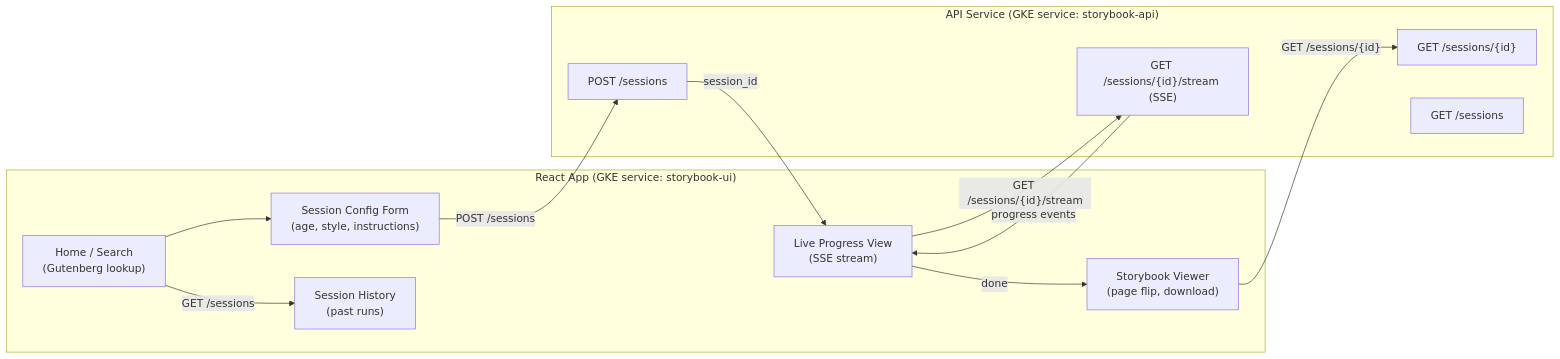
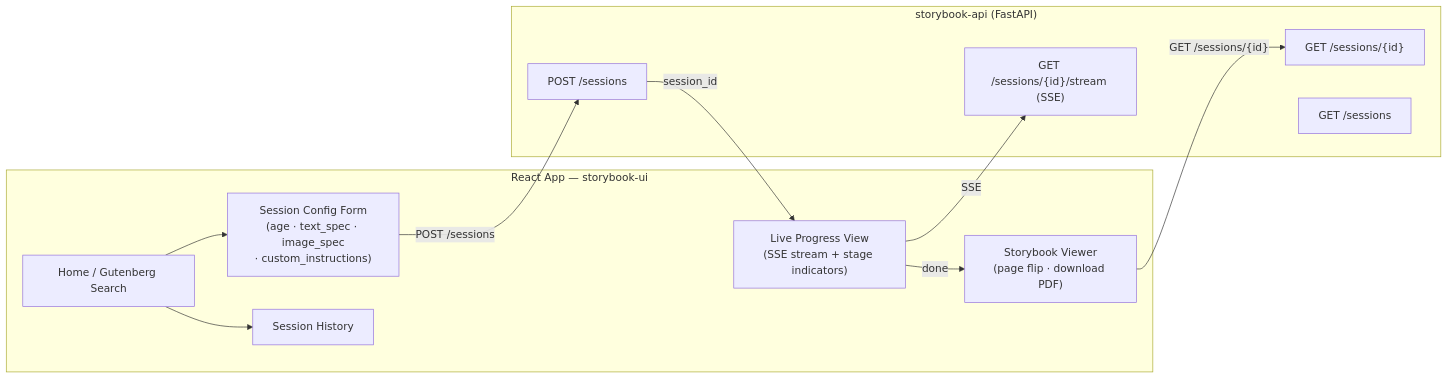
One commit to arbrown/asp changed the second of 4 diagrams in docs/architecture/architecture.md. Above: the diagram before and after it, drawn with Mermaid. The commit also changed other lines of this file, not shown here.

First line of the commit message:
docs: add custom constraint system and Character Bible Agent

````diff
--- a/docs/architecture/architecture.md
+++ b/docs/architecture/architecture.md
@@ -128,26 +206,25 @@
 ```mermaid
 graph LR
-    subgraph Frontend ["React App (GKE service: storybook-ui)"]
-        Home["Home / Search\n(Gutenberg lookup)"]
-        Config["Session Config Form\n(age, style, instructions)"]
-        Progress["Live Progress View\n(SSE stream)"]
-        Viewer["Storybook Viewer\n(page flip, download)"]
-        History["Session History\n(past runs)"]
+    subgraph Frontend ["React App — storybook-ui"]
+        Home["Home / Gutenberg Search"]
+        Config["Session Config Form\n(age · text_spec · image_spec\n· custom_instructions)"]
+        Progress["Live Progress View\n(SSE stream + stage indicators)"]
+        Viewer["Storybook Viewer\n(page flip · download PDF)"]
+        History["Session History"]
     end
 
-    subgraph API ["API Service (GKE service: storybook-api)"]
+    subgraph API ["storybook-api (FastAPI)"]
         EP1["POST /sessions"]
         EP2["GET /sessions/{id}/stream (SSE)"]
         EP3["GET /sessions/{id}"]
         EP4["GET /sessions"]
     end
 
     Home --> Config
     Config -->|"POST /sessions"| EP1
     EP1 -->|"session_id"| Progress
-    Progress -->|"GET /sessions/{id}/stream"| EP2
-    EP2 -->|"progress events"| Progress
+    Progress -->|"SSE"| EP2
     Progress -->|"done"| Viewer
     Viewer -->|"GET /sessions/{id}"| EP3
-    Home -->|"GET /sessions"| History
+    Home --> History
 ```
````
